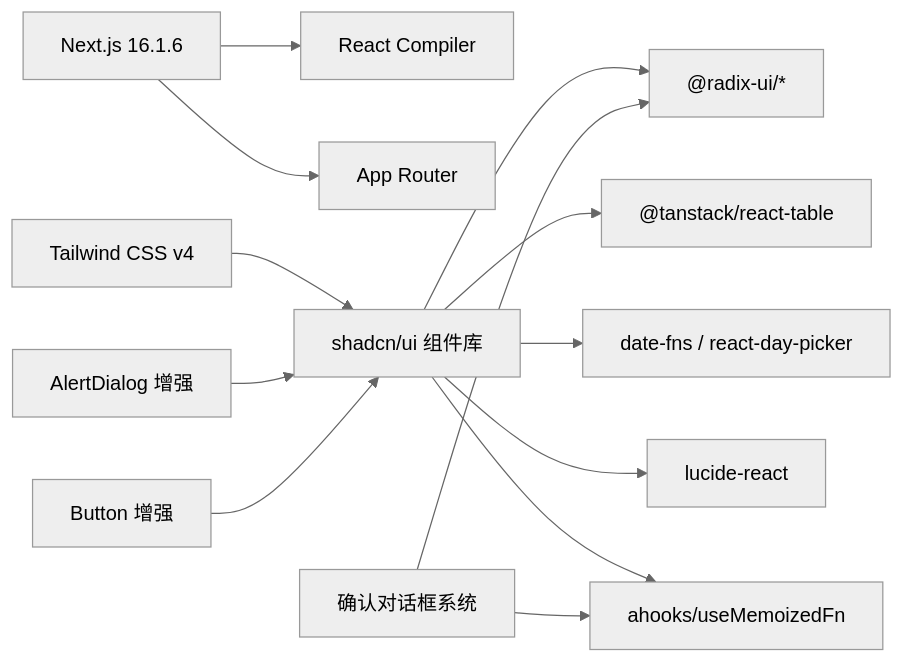
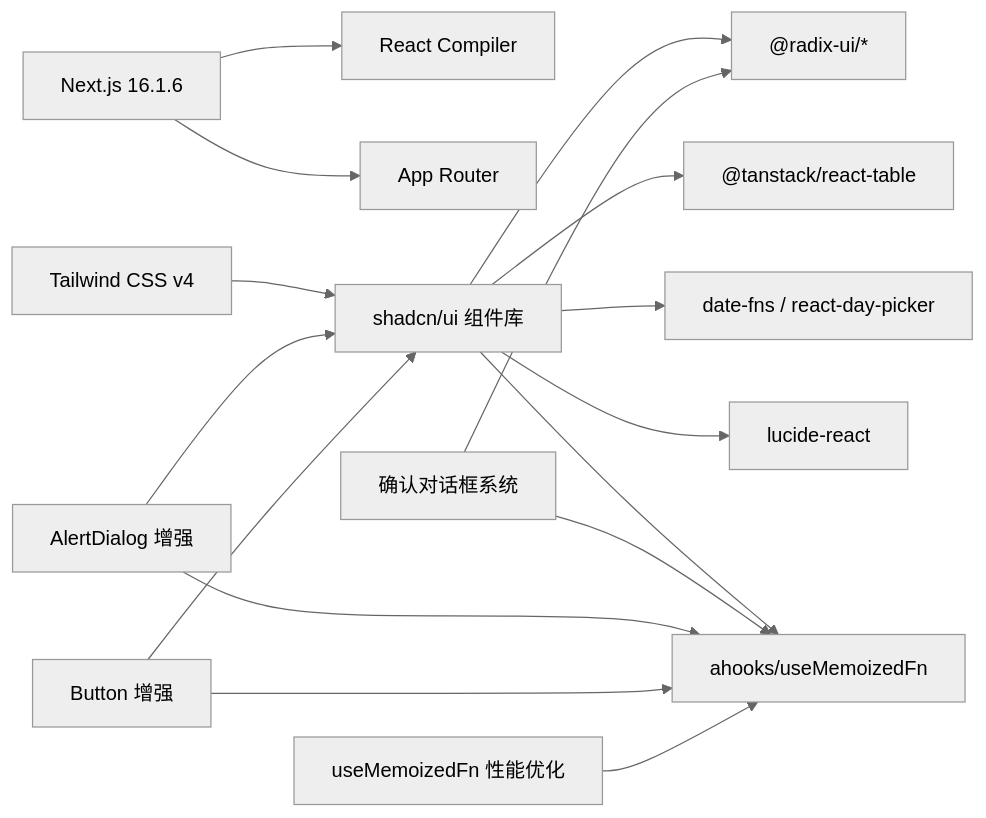
The seventh of 7 diagrams in .qoder/repowiki/zh/content/前端组件/前端组件.md (RadiumAg/AIGate), drawn with Mermaid (neutral theme) before and after one commit. The commit also changed other lines of this file and 4 other files, not shown here.

````diff
--- a/.qoder/repowiki/zh/content/前端组件/前端组件.md
+++ b/.qoder/repowiki/zh/content/前端组件/前端组件.md
@@ -462,15 +516,18 @@
 ```mermaid
 graph LR
 N["Next.js 16.1.6"] --> R["React Compiler"]
 N --> APP["App Router"]
 TW["Tailwind CSS v4"] --> UI["shadcn/ui 组件库"]
 UI --> RADIX["@radix-ui/*"]
 UI --> TABLE["@tanstack/react-table"]
 UI --> DATE["date-fns / react-day-picker"]
 UI --> ICON["lucide-react"]
 UI --> AH["ahooks/useMemoizedFn"]
 CONF["确认对话框系统"] --> RADIX
 CONF --> AH
 ALERT["AlertDialog 增强"] --> UI
+ALERT --> AH
 BUTTON["Button 增强"] --> UI
+BUTTON --> AH
+UMF["useMemoizedFn 性能优化"] --> AH
 ```
````
